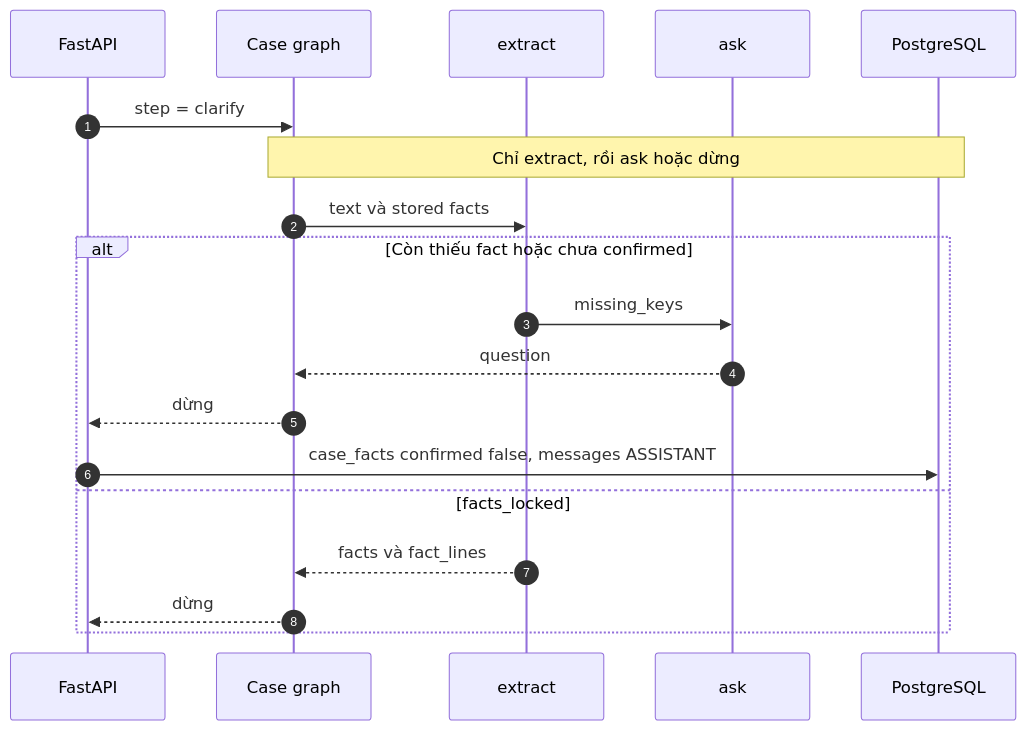
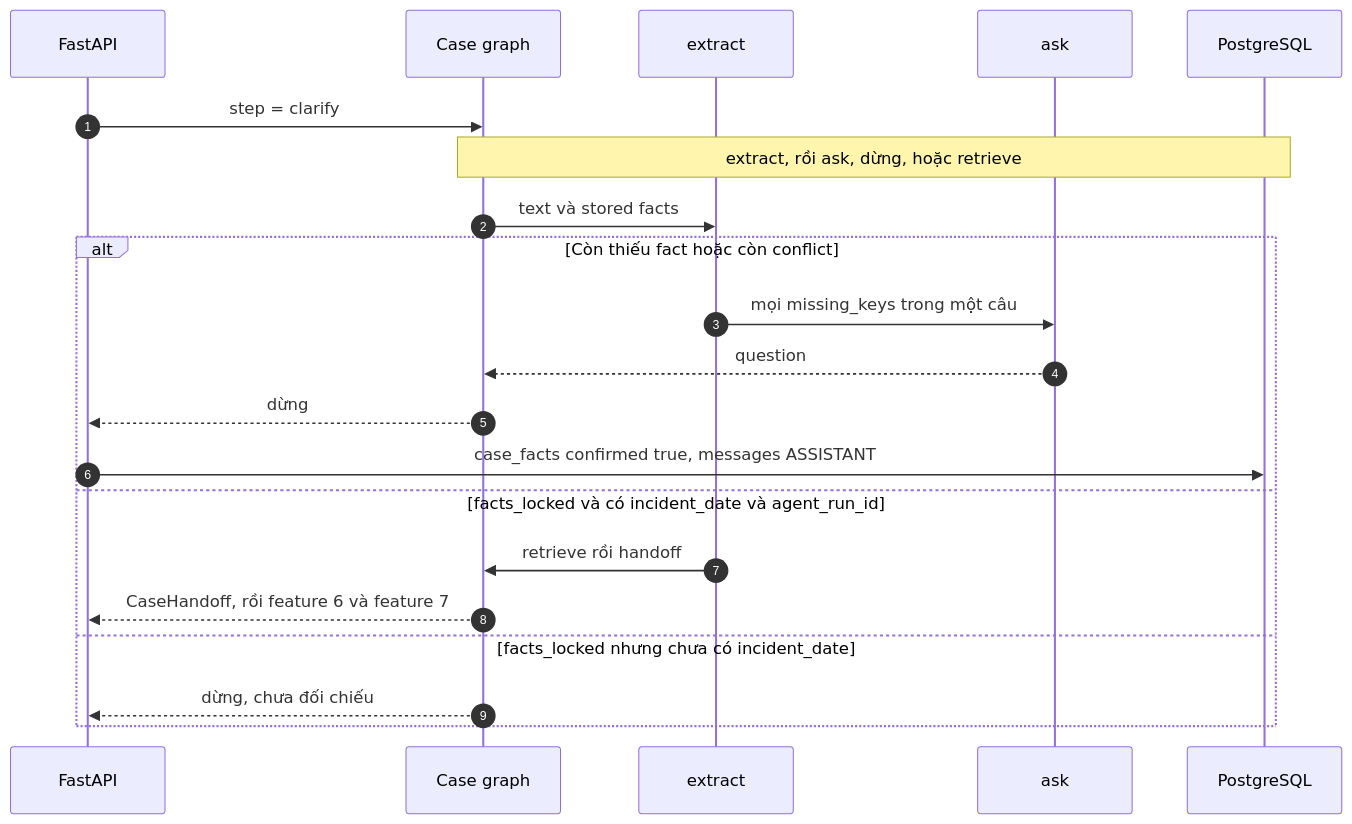
The fifth of 15 diagrams in docs/features/features.md (Tuan-Nguyen-Minhh/HRHelp), drawn with Mermaid before and after one commit. The commit also changed other lines of this file and 210 other files, not shown here.

Commit message:
feat(schema): Add new models for message handling and recidivism tracking

````diff
--- a/docs/features/features.md
+++ b/docs/features/features.md
@@ -301,22 +296,24 @@
 ```mermaid
 sequenceDiagram
     autonumber
     participant API as FastAPI
     participant CG as Case graph
     participant EX as extract
     participant ASK as ask
     participant DB as PostgreSQL
 
     API->>CG: step = clarify
-    Note over CG,DB: Chỉ extract, rồi ask hoặc dừng
+    Note over CG,DB: extract, rồi ask, dừng, hoặc retrieve
     CG->>EX: text và stored facts
-    alt Còn thiếu fact hoặc chưa confirmed
-        EX->>ASK: missing_keys
+    alt Còn thiếu fact hoặc còn conflict
+        EX->>ASK: mọi missing_keys trong một câu
         ASK-->>CG: question
         CG-->>API: dừng
-        API->>DB: case_facts confirmed false, messages ASSISTANT
-    else facts_locked
-        EX-->>CG: facts và fact_lines
-        CG-->>API: dừng
+        API->>DB: case_facts confirmed true, messages ASSISTANT
+    else facts_locked và có incident_date và agent_run_id
+        EX->>CG: retrieve rồi handoff
+        CG-->>API: CaseHandoff, rồi feature 6 và feature 7
+    else facts_locked nhưng chưa có incident_date
+        CG-->>API: dừng, chưa đối chiếu
     end
 ```
````
